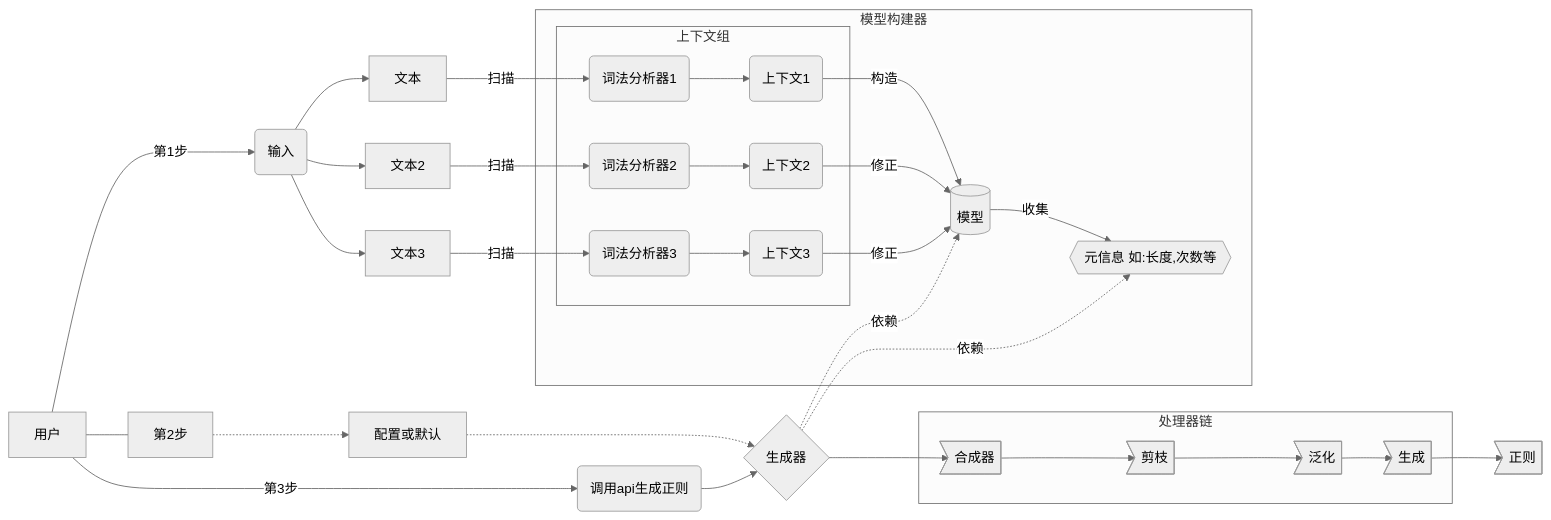
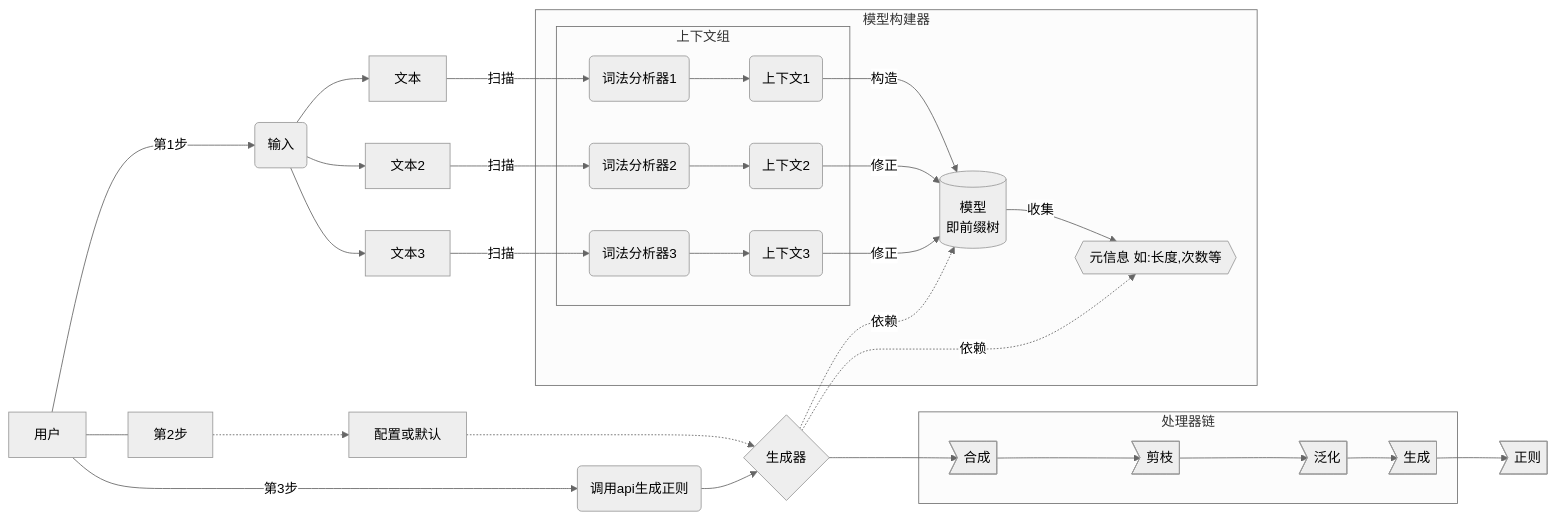
Before and after one commit to PheonixHkbxoic/regex-generator: the diagram in README.md, drawn with Mermaid (neutral theme).

Commit message:
docs: README and Reformat code

````diff
--- a/README.md
+++ b/README.md
@@ -13,43 +13,43 @@
 ```mermaid
 graph LR
     T1[文本]--扫描-->L1(词法分析器1)
     T2[文本2]--扫描-->L2(词法分析器2)
     T3[文本3]--扫描-->L3(词法分析器3)
 
 
     subgraph 模型构建器
         subgraph 上下文组
         L1-->C1(上下文1)
         L2-->C2(上下文2)
         L3-->C3(上下文3)
         end
 
-        model[(模型)]    
+        model[(模型<br>即前缀树)]    
         C1--构造-->model
         C2--修正-->model
         C3--修正-->model
 
         model--收集-->profile{{元信息 如:长度,次数等}}
 
     end
 
 
     G{生成器}-.依赖.->model
     G-.依赖.->profile
     G-->merger
     subgraph 处理器链
-        merger>合成器]
+        merger>合成]
         -->prune>剪枝]
         -->generalize>泛化]
         -->generate>生成]
     end
     generate-->regex>正则]
 
     用户--第1步-->input(输入)
     input-->T1
     input-->T2
     input-->T3
 
     用户---第2步-..->GC[配置或默认]-..->G
     用户--第3步-->api(调用api生成正则)-->G
 ```
````
